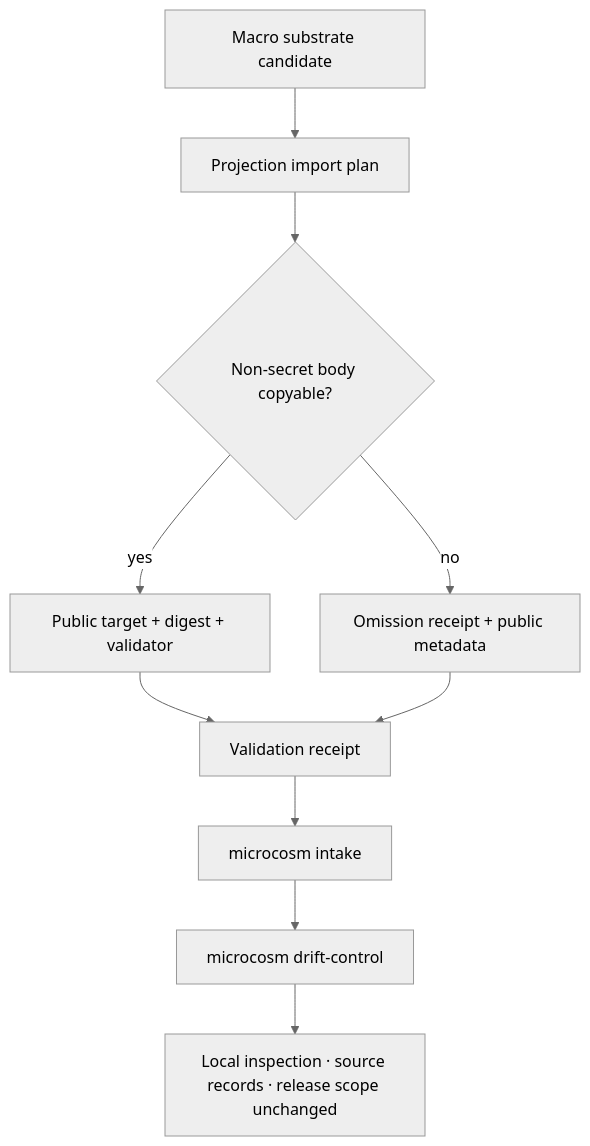
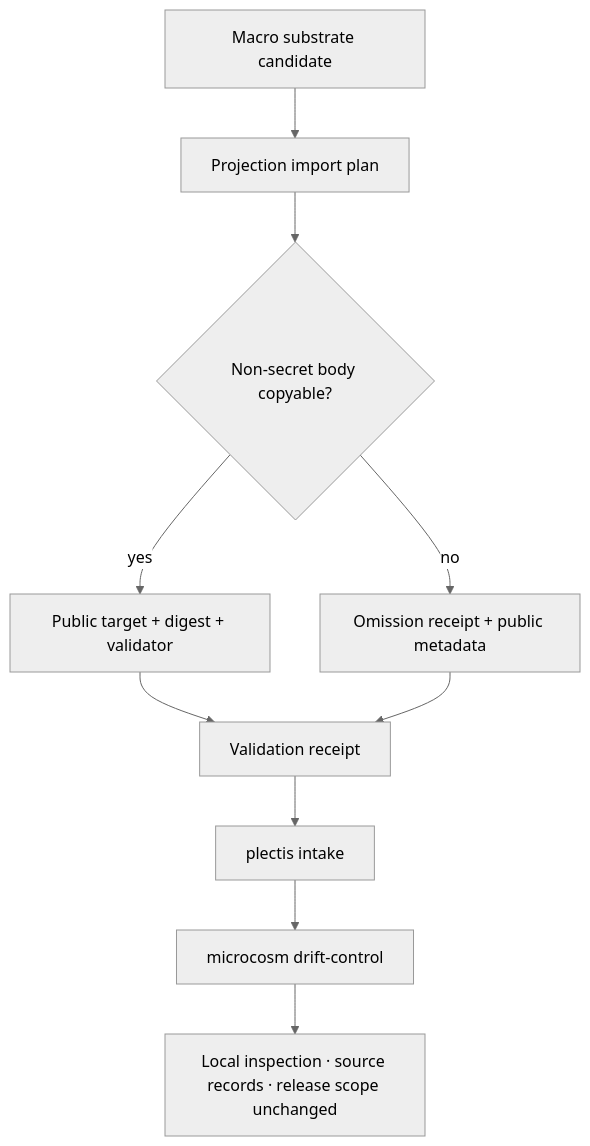
The fifth of 5 diagrams in ARCHITECTURE.md (wcook04/plectis), drawn with Mermaid (neutral theme) before and after one commit. The commit also changed other lines of this file and 969 other files, not shown here.

````diff
--- a/ARCHITECTURE.md
+++ b/ARCHITECTURE.md
@@ -434,12 +434,12 @@
 ```mermaid
 flowchart TD
   Macro[Macro substrate candidate] --> Plan[Projection import plan]
   Plan --> Copy{Non-secret body copyable?}
   Copy -->|yes| Target["Public target + digest + validator"]
   Copy -->|no| Omit["Omission receipt + public metadata"]
   Target --> Receipt[Validation receipt]
   Omit --> Receipt
-  Receipt --> Intake["microcosm intake"]
+  Receipt --> Intake["plectis intake"]
   Intake --> Drift["microcosm drift-control"]
   Drift --> Ceiling["Local inspection · source records · release scope unchanged"]
 ```
````
